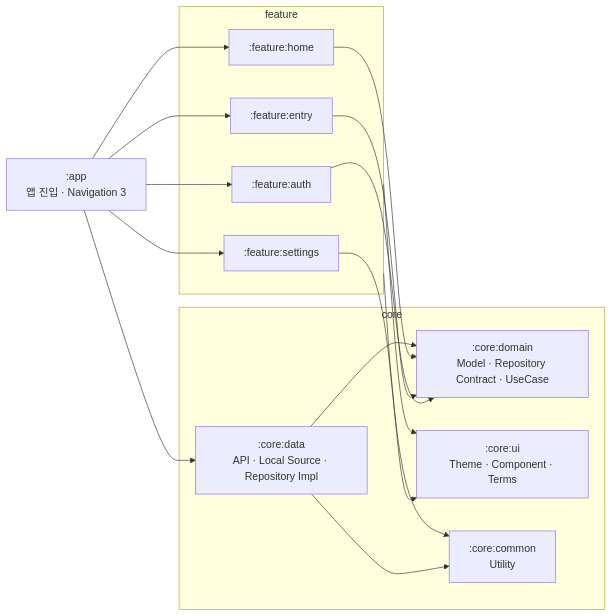
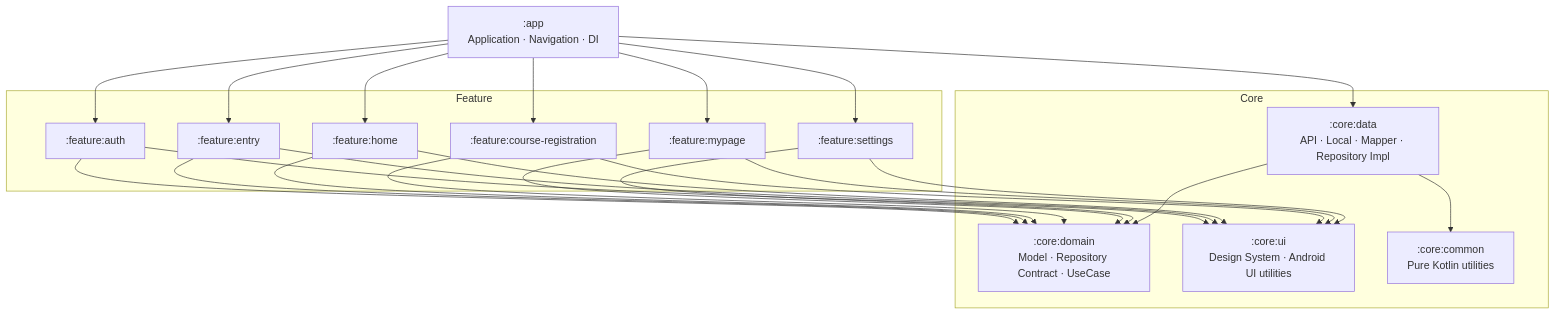
The fifth of 8 diagrams in README.md (Central-MakeUs/Rodi-Android), drawn with Mermaid before and after one commit. The commit also changed other lines of this file, not shown here.

First line of the commit message:
[docs] Rodi Android README 개편 (#100)

````diff
--- a/README.md
+++ b/README.md
@@ -65,33 +281,46 @@
 ```mermaid
-flowchart LR
-    APP[":app<br/>앱 진입 · Navigation 3"]
+flowchart TB
+    APP[":app<br/>Application · Navigation · DI"]
 
-    subgraph FEATURES["feature"]
+    subgraph FEATURE["Feature"]
         AUTH[":feature:auth"]
         ENTRY[":feature:entry"]
         HOME[":feature:home"]
+        COURSE[":feature:course-registration"]
+        MYPAGE[":feature:mypage"]
         SETTINGS[":feature:settings"]
     end
 
-    subgraph CORE["core"]
+    subgraph CORE["Core"]
         DOMAIN[":core:domain<br/>Model · Repository Contract · UseCase"]
-        DATA[":core:data<br/>API · Local Source · Repository Impl"]
-        UI[":core:ui<br/>Theme · Component · Terms"]
-        COMMON[":core:common<br/>Utility"]
+        DATA[":core:data<br/>API · Local · Mapper · Repository Impl"]
+        UI[":core:ui<br/>Design System · Android UI utilities"]
+        COMMON[":core:common<br/>Pure Kotlin utilities"]
     end
 
     APP --> AUTH
     APP --> ENTRY
     APP --> HOME
+    APP --> COURSE
+    APP --> MYPAGE
     APP --> SETTINGS
     APP --> DATA
 
     AUTH --> DOMAIN
     ENTRY --> DOMAIN
     HOME --> DOMAIN
+    COURSE --> DOMAIN
+    MYPAGE --> DOMAIN
+
+    SETTINGS --> DOMAIN
+
+    AUTH --> UI
+    ENTRY --> UI
+    HOME --> UI
+    COURSE --> UI
+    MYPAGE --> UI
     SETTINGS --> UI
-    FEATURES --> UI
-    FEATURES --> COMMON
+
     DATA --> DOMAIN
     DATA --> COMMON
 ```
````
